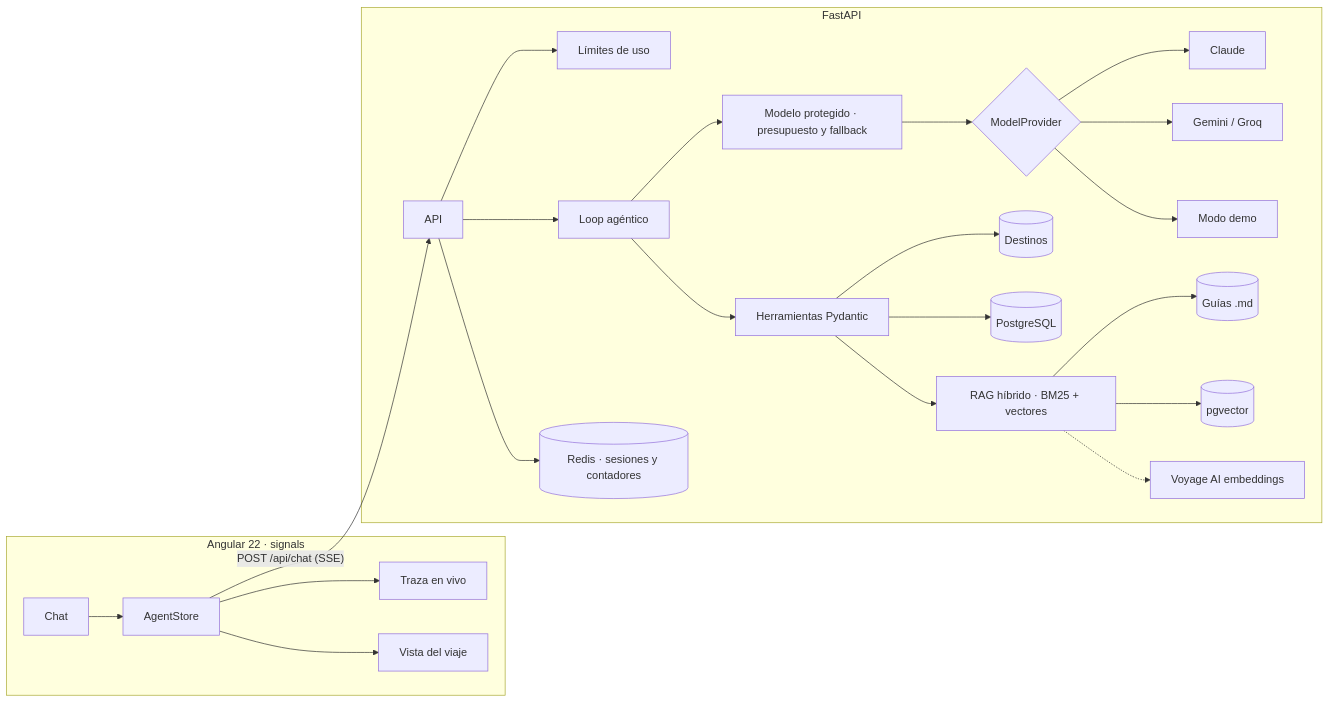
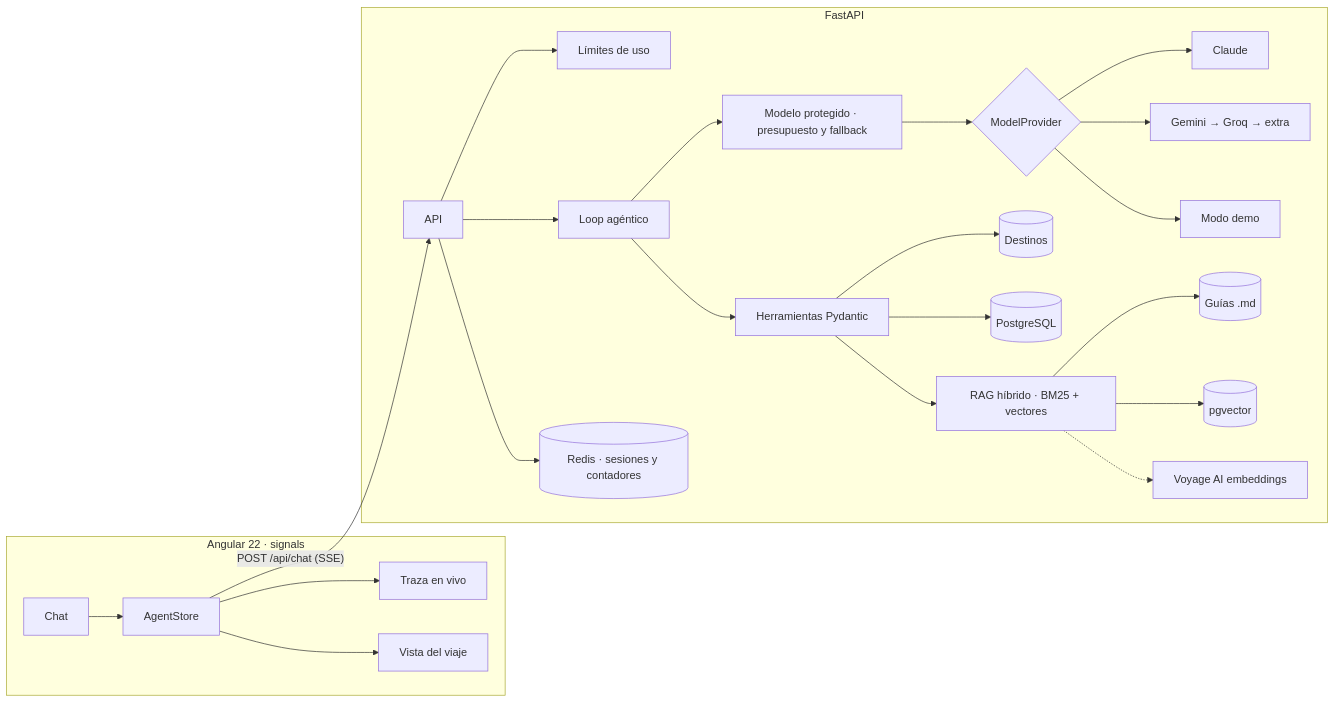
Before and after one commit to Binteak/rumbo-ai: the first of 3 diagrams in README.md, drawn with Mermaid. The commit also changed other lines of this file and 3 other files, not shown here.

````diff
--- a/README.md
+++ b/README.md
@@ -46,26 +46,26 @@
 ```mermaid
 flowchart LR
   subgraph Frontend [Angular 22 · signals]
     Chat[Chat] --> Store[AgentStore]
     Store --> Trace[Traza en vivo]
     Store --> Trip[Vista del viaje]
   end
   Store -- "POST /api/chat (SSE)" --> API
   subgraph Backend [FastAPI]
     API[API] --> Limits[Límites de uso]
     API --> Loop[Loop agéntico]
     Loop --> Guard[Modelo protegido · presupuesto y fallback]
     Guard --> Provider{ModelProvider}
     Provider --> Claude[Claude]
-    Provider --> OAI[Gemini / Groq]
+    Provider --> OAI[Gemini → Groq → extra]
     Provider --> Demo[Modo demo]
     Loop --> Tools[Herramientas Pydantic]
     Tools --> Data[(Destinos)]
     Tools --> DB[(PostgreSQL)]
     Tools --> RAG[RAG híbrido · BM25 + vectores]
     RAG --> Guides[(Guías .md)]
     RAG --> PGV[(pgvector)]
     RAG -.-> Voyage[Voyage AI embeddings]
     API --> Redis[(Redis · sesiones y contadores)]
   end
 ```
````
